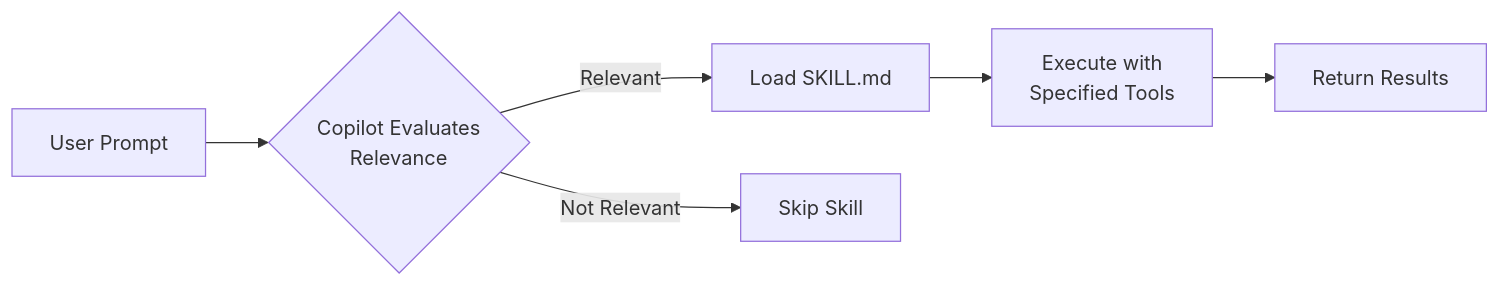
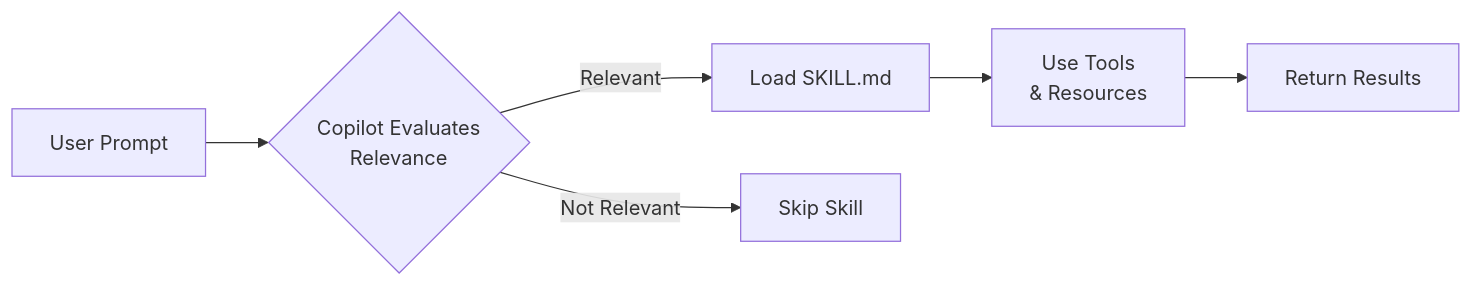
The first of 5 diagrams in slides/Slides.md (codebytes/agent-skills), drawn with Mermaid before and after one commit. The commit also changed other lines of this file and 16 other files, not shown here.

```diff
--- a/slides/Slides.md
+++ b/slides/Slides.md
@@ -132,8 +131,8 @@
 <div class="mermaid">
 flowchart LR
     A[User Prompt] --> B{Copilot Evaluates<br/>Relevance}
     B -->|Relevant| C[Load SKILL.md]
     B -->|Not Relevant| D[Skip Skill]
-    C --> E[Execute with<br/>Specified Tools]
+    C --> E[Use Tools<br/>& Resources]
     E --> F[Return Results]
 </div>
```
